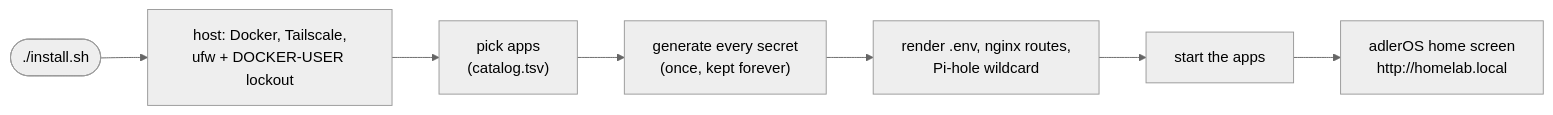
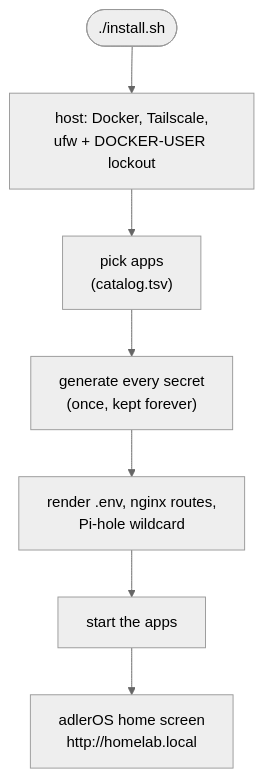
One commit to spaceadler/homelab changed the first of 4 diagrams in README.md. Above: the diagram before and after it, drawn with Mermaid (neutral theme). The commit also changed other lines of this file, not shown here.

Commit message:
docs: diagrams flow top-to-bottom where they were too wide for GitHub's frame

````diff
--- a/README.md
+++ b/README.md
@@ -18,9 +18,9 @@
 ```mermaid
-flowchart LR
+flowchart TB
     run(["./install.sh"]) --> host["host: Docker, Tailscale,<br/>ufw + DOCKER-USER lockout"]
     host --> pick["pick apps<br/>(catalog.tsv)"]
     pick --> secrets["generate every secret<br/>(once, kept forever)"]
     secrets --> routes["render .env, nginx routes,<br/>Pi-hole wildcard"]
     routes --> up["start the apps"]
     up --> os["adlerOS home screen<br/>http://homelab.local"]
 ```
````
